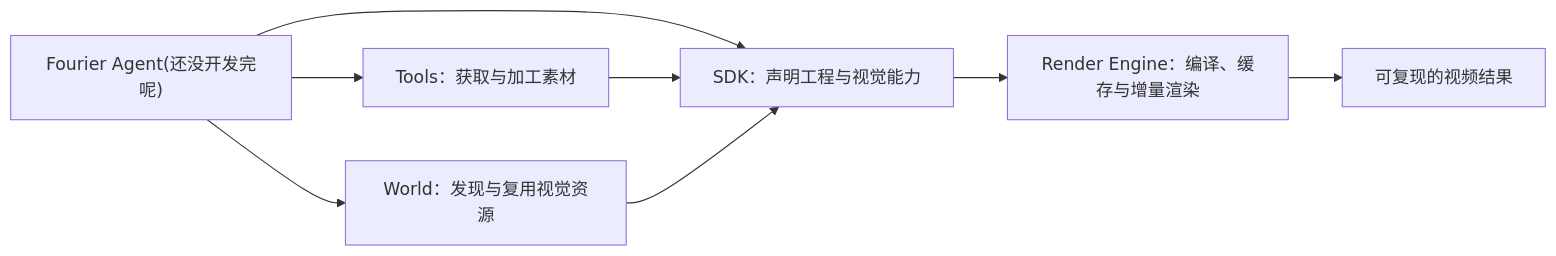
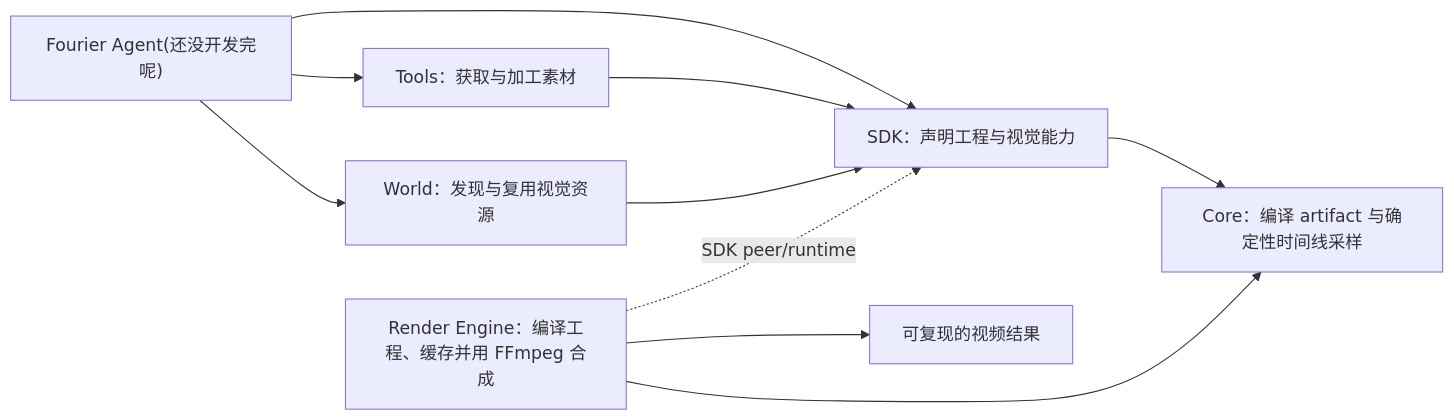
One commit to VoidFunOfficial/fourier changed the diagram in README.zh-CN.md. Above: the diagram before and after it, drawn with Mermaid. The commit also changed other lines of this file and 95 other files, not shown here.

````diff
--- a/README.zh-CN.md
+++ b/README.zh-CN.md
@@ -62,10 +63,12 @@
 ```mermaid
 flowchart LR
   A["Fourier Agent(还没开发完呢)"] --> S["SDK：声明工程与视觉能力"]
   A --> T["Tools：获取与加工素材"]
   A --> W["World：发现与复用视觉资源"]
   T --> S
   W --> S
-  S --> R["Render Engine：编译、缓存与增量渲染"]
+  S --> C["Core：编译 artifact 与确定性时间线采样"]
+  R["Render Engine：编译工程、缓存并用 FFmpeg 合成"] --> C
+  R -. "SDK peer/runtime" .-> S
   R --> V["可复现的视频结果"]
 ```
````
